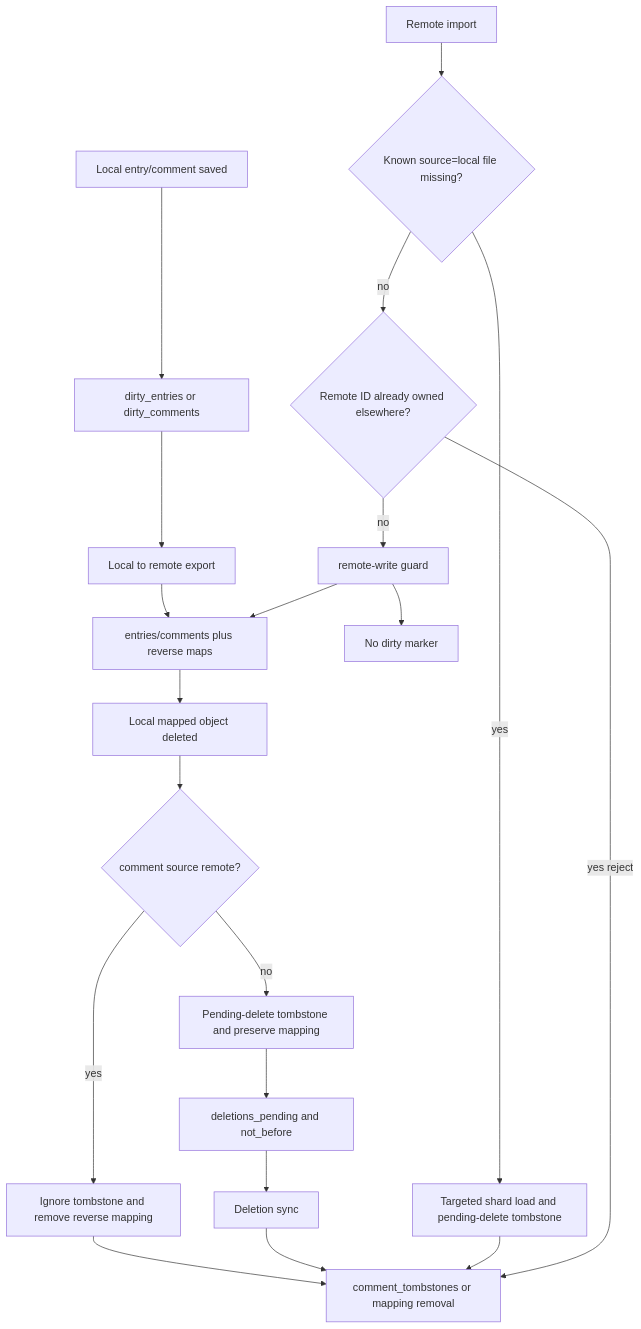
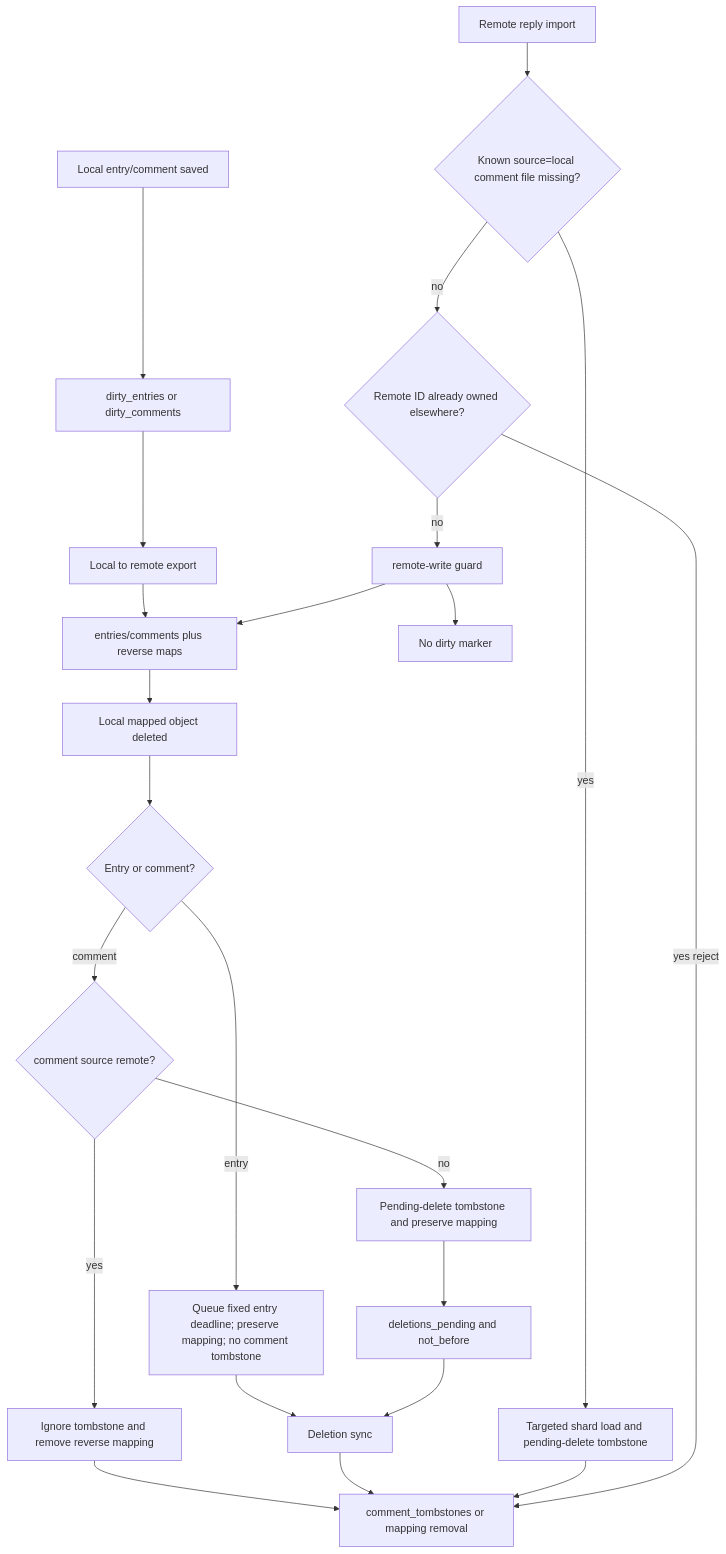
One commit to flatpressblog/flatpress changed the diagram in fp-plugins/mastodon/developer-docs/02-State-Model.md. Above: the diagram before and after it, drawn with Mermaid. The commit also changed other lines of this file and 11 other files, not shown here.

````diff
--- a/fp-plugins/mastodon/developer-docs/02-State-Model.md
+++ b/fp-plugins/mastodon/developer-docs/02-State-Model.md
@@ -237,31 +304,34 @@
 ```mermaid
 flowchart TD
 	LocalCreate[Local entry/comment saved]
 	Dirty[dirty_entries or dirty_comments]
 	Export[Local to remote export]
 	Map[entries/comments plus reverse maps]
 	LocalDelete[Local mapped object deleted]
 	ImportedRemoteDelete{comment source remote?}
 	IgnoreRemote[Ignore tombstone and remove reverse mapping]
 	ProtectLocal[Pending-delete tombstone and preserve mapping]
 	Pending[deletions_pending and not_before]
 	DeleteSync[Deletion sync]
 	Tombstone[comment_tombstones or mapping removal]
-	RemoteImport[Remote import]
-	MissingLocal{Known source=local file missing?}
+	RemoteImport[Remote reply import]
+	MissingLocal{Known source=local comment file missing?}
 	Defensive[Targeted shard load and pending-delete tombstone]
 	Conflict{Remote ID already owned elsewhere?}
 	Guard[remote-write guard]
 	Clean[No dirty marker]
 
 	LocalCreate --> Dirty --> Export --> Map
-	Map --> LocalDelete --> ImportedRemoteDelete
+	Map --> LocalDelete --> ObjectKind{Entry or comment?}
+	ObjectKind -->|entry| EntryDeadline[Queue fixed entry deadline; preserve mapping; no comment tombstone]
+	EntryDeadline --> DeleteSync
+	ObjectKind -->|comment| ImportedRemoteDelete
 	ImportedRemoteDelete -->|yes| IgnoreRemote --> Tombstone
 	ImportedRemoteDelete -->|no| ProtectLocal --> Pending --> DeleteSync --> Tombstone
 	RemoteImport --> MissingLocal
 	MissingLocal -->|yes| Defensive --> Tombstone
 	MissingLocal -->|no| Conflict
 	Conflict -->|yes reject| Tombstone
 	Conflict -->|no| Guard --> Map
 	Guard --> Clean
 ```
````
